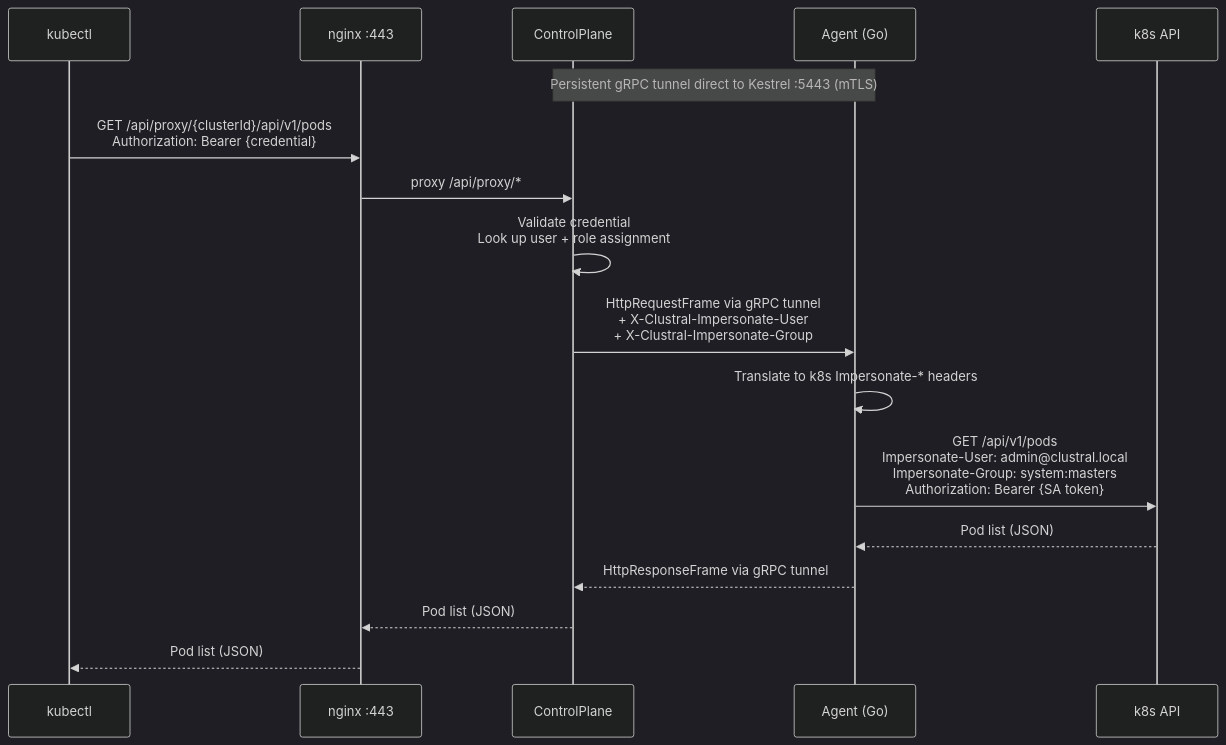
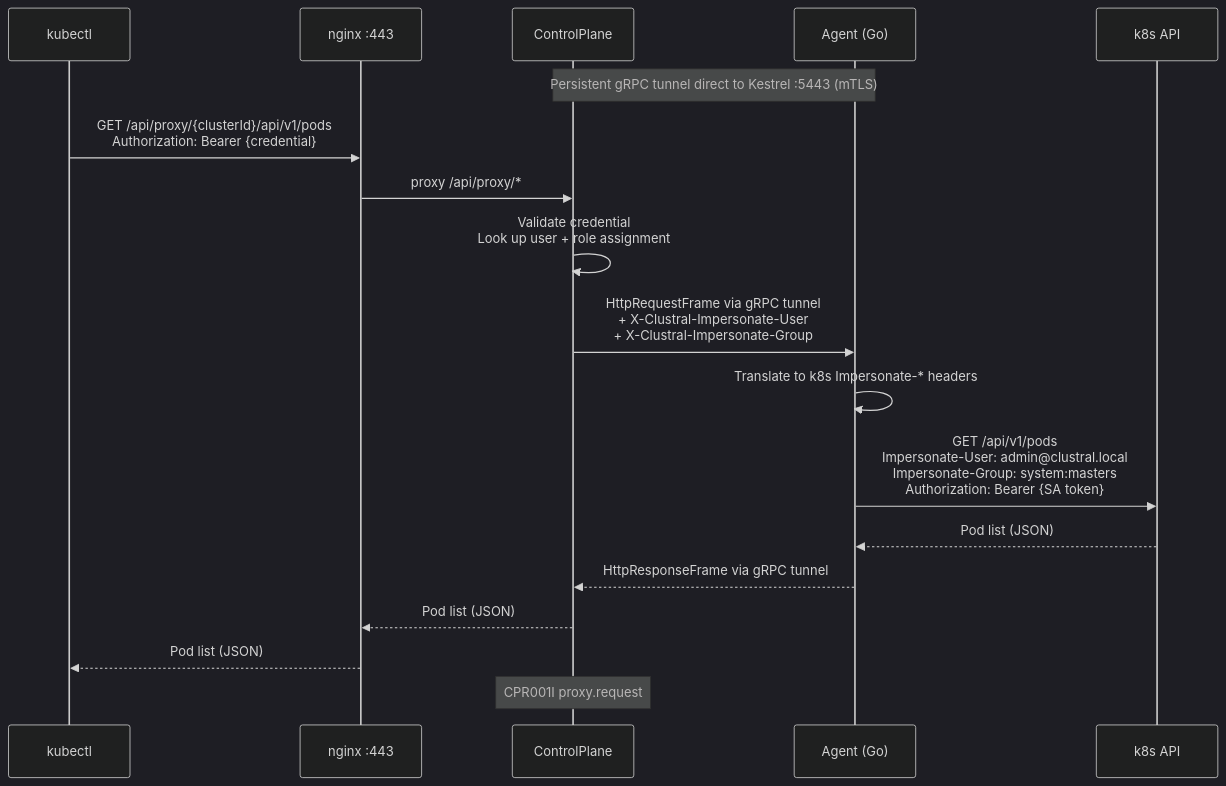
One commit to Clustral/clustral changed the third of 18 diagrams in README.md. Above: the diagram before and after it, drawn with Mermaid (dark theme). The commit also changed other lines of this file, not shown here.

First line of the commit message:
docs: add audit logging section + update diagrams with event codes

````diff
--- a/README.md
+++ b/README.md
@@ -95,21 +103,22 @@
 ```mermaid
 sequenceDiagram
     participant kubectl
     participant NGX as nginx :443
     participant CP as ControlPlane
     participant Agent as Agent (Go)
     participant K8S as k8s API
 
     Note over Agent,CP: Persistent gRPC tunnel direct to Kestrel :5443 (mTLS)
 
     kubectl->>NGX: GET /api/proxy/{clusterId}/api/v1/pods<br/>Authorization: Bearer {credential}
     NGX->>CP: proxy /api/proxy/*
     CP->>CP: Validate credential<br/>Look up user + role assignment
     CP->>Agent: HttpRequestFrame via gRPC tunnel<br/>+ X-Clustral-Impersonate-User<br/>+ X-Clustral-Impersonate-Group
     Agent->>Agent: Translate to k8s Impersonate-* headers
     Agent->>K8S: GET /api/v1/pods<br/>Impersonate-User: admin@clustral.local<br/>Impersonate-Group: system:masters<br/>Authorization: Bearer {SA token}
     K8S-->>Agent: Pod list (JSON)
     Agent-->>CP: HttpResponseFrame via gRPC tunnel
     CP-->>NGX: Pod list (JSON)
     NGX-->>kubectl: Pod list (JSON)
+    Note over CP: CPR001I proxy.request
 ```
````
